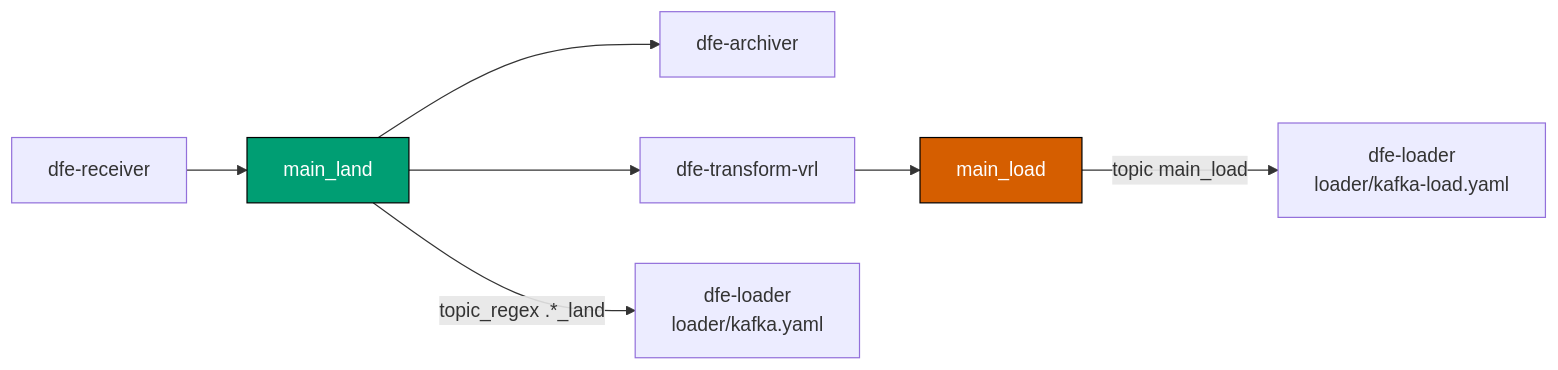
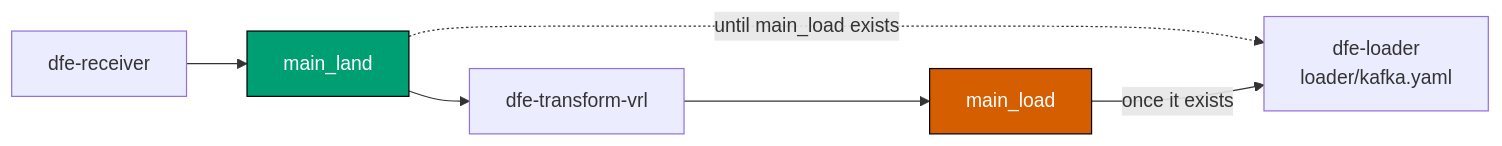
Before and after one commit to hyperi-io/dfe-docker: the first of 2 diagrams in docs/troubleshooting.md, drawn with Mermaid. The commit also changed other lines of this file and 7 other files, not shown here.

First line of the commit message:
fix(loader): read every source through kafka.yaml

````diff
--- a/docs/troubleshooting.md
+++ b/docs/troubleshooting.md
@@ -102,14 +102,13 @@
 ```mermaid
 flowchart LR
     recv["dfe-receiver"] --> land["main_land"]
-    land --> arch["dfe-archiver"]
     land --> vrl["dfe-transform-vrl"]
-    land -->|topic_regex .*_land| ldr1["dfe-loader<br/>loader/kafka.yaml"]
     vrl --> load["main_load"]
-    load -->|topic main_load| ldr2["dfe-loader<br/>loader/kafka-load.yaml"]
+    land -.->|until main_load exists| ldr["dfe-loader<br/>loader/kafka.yaml"]
+    load -->|once it exists| ldr
 
     classDef made fill:#009E73,color:#ffffff,stroke:#000000
     classDef notmade fill:#D55E00,color:#ffffff,stroke:#000000
     class land made
     class load notmade
 ```
````
